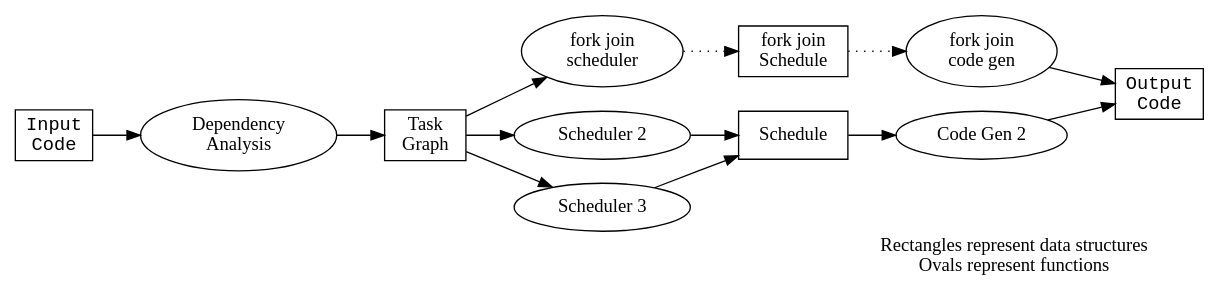
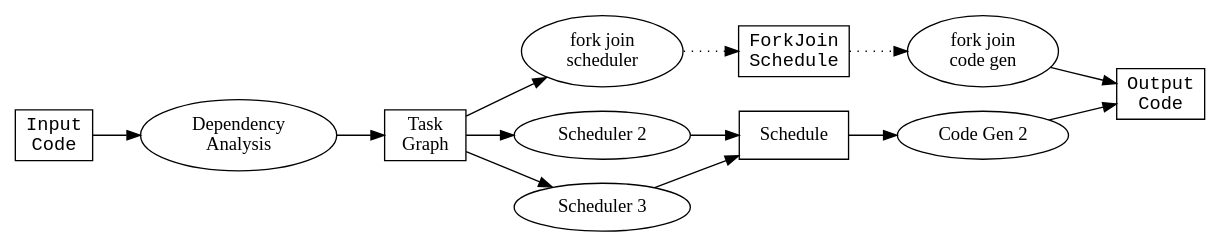
One commit to clarkfitzg/extensible_rcode changed the diagram in extensible.dot. Above: the diagram before and after it, drawn with Graphviz. The commit also changed 12 other files, not shown here.

```diff
--- a/extensible.dot
+++ b/extensible.dot
@@ -1,41 +1,38 @@
 digraph G {
 rankdir = LR;
 //rankdir = TB;
 
 //edge [fontname = "courier"];
 
-label = "Rectangles represent data structures
-Ovals represent functions
-";
 labeljust=right;
 
 node [shape = "rectangle"];
 input [label = "Input\nCode", fontname = "courier"];
 taskgraph [label = "Task\nGraph"];
 schedule [label = "Schedule"];
-fork_join_schedule [label = "fork join\nSchedule"];
+fork_join_schedule [label = "ForkJoin\nSchedule", fontname = "courier"];
 output [label = "Output\nCode", fontname = "courier"];
 
 node [shape = "oval"];
 dependency [label = "Dependency\nAnalysis"];
 schedule_algo1 [label = "fork join\nscheduler"];
 schedule_algo2 [label = "Scheduler 2"];
 schedule_algo3 [label = "Scheduler 3"];
 code_generator1 [label = "fork join\ncode gen"];
 code_generator2 [label = "Code Gen 2"];
 
 input -> dependency;
 dependency -> taskgraph;
 taskgraph -> schedule_algo1;
 taskgraph -> schedule_algo2;
 taskgraph -> schedule_algo3;
 schedule_algo2 -> schedule;
 schedule_algo3 -> schedule;
 schedule -> code_generator2;
 code_generator1 -> output;
 code_generator2 -> output;
 
 // Bypass
 schedule_algo1 -> fork_join_schedule [style = "dotted"];
 fork_join_schedule -> code_generator1 [style = "dotted"];
 }
```
